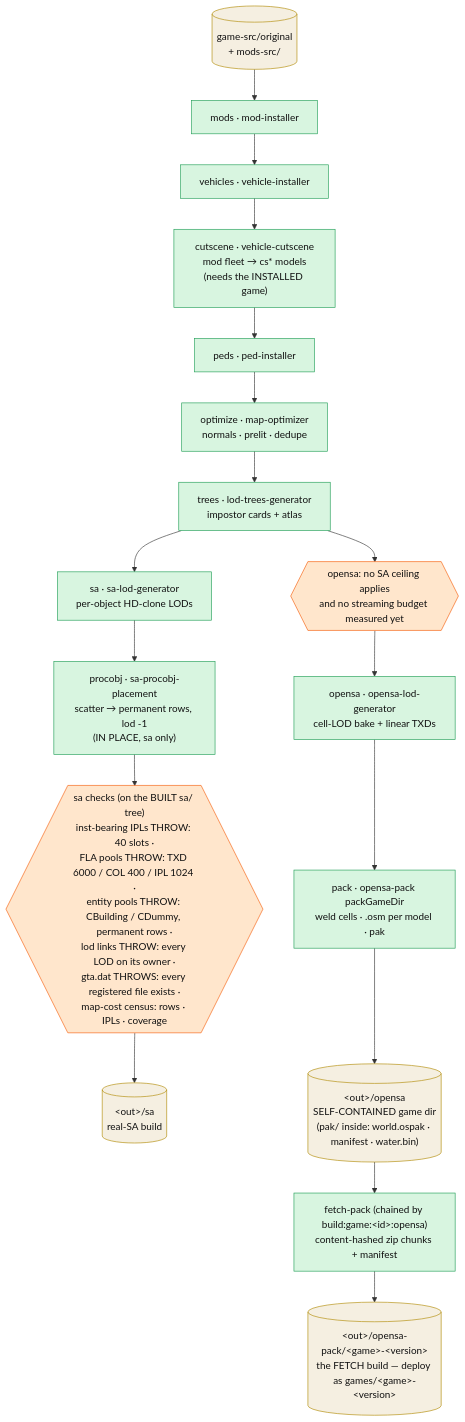
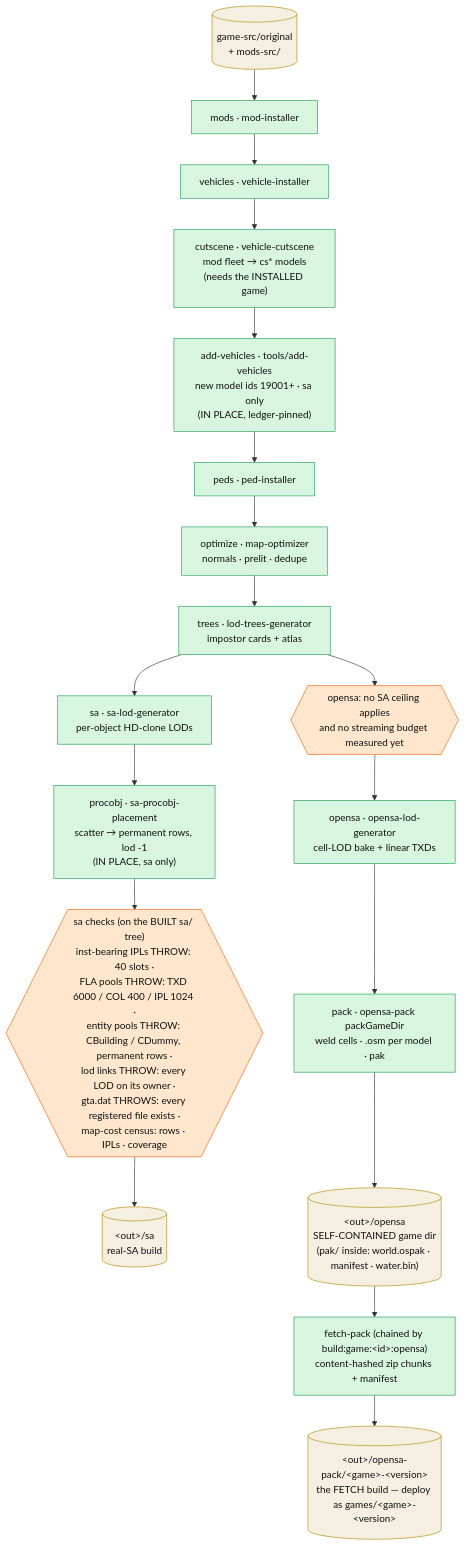
Before and after one commit to sexorcist00/opensa: the diagram in docs/architecture/perfect-map-builder.md, drawn with Mermaid. The commit also changed other lines of this file and 15 other files, not shown here.

First line of the commit message:
feat(add-vehicles): 007 — the pmb stage, cars-server, and the budgets priced

````diff
--- a/docs/architecture/perfect-map-builder.md
+++ b/docs/architecture/perfect-map-builder.md
@@ -78,30 +78,31 @@
 ```mermaid
 %%| pmb-pipeline
 flowchart TB
   src[("game-src/original<br/>+ mods-src/")]:::data
   mods["mods · mod-installer"]:::stage
   veh["vehicles · vehicle-installer"]:::stage
   cs["cutscene · vehicle-cutscene<br/>mod fleet → cs* models<br/>(needs the INSTALLED game)"]:::stage
+  add["add-vehicles · tools/add-vehicles<br/>new model ids 19001+ · sa only<br/>(IN PLACE, ledger-pinned)"]:::stage
   peds["peds · ped-installer"]:::stage
   opt["optimize · map-optimizer<br/>normals · prelit · dedupe"]:::stage
   trees["trees · lod-trees-generator<br/>impostor cards + atlas"]:::stage
   proc["procobj · sa-procobj-placement<br/>scatter → permanent rows, lod -1<br/>(IN PLACE, sa only)"]:::stage
   guard{{"sa checks (on the BUILT sa/ tree)<br/>inst-bearing IPLs THROW: 40 slots ·<br/>FLA pools THROW: TXD 6000 / COL 400 / IPL 1024 ·<br/>entity pools THROW: CBuilding / CDummy, permanent rows ·<br/>lod links THROW: every LOD on its owner ·<br/>gta.dat THROWS: every registered file exists ·<br/>map-cost census: rows · IPLs · coverage"}}:::guard
   osguard{{"opensa: no SA ceiling applies<br/>and no streaming budget measured yet"}}:::guard
   sa["sa · sa-lod-generator<br/>per-object HD-clone LODs"]:::stage
   oslod["opensa · opensa-lod-generator<br/>cell-LOD bake + linear TXDs"]:::stage
   pack["pack · opensa-pack packGameDir<br/>weld cells · .osm per model · pak"]:::stage
   outsa[("&lt;out&gt;/sa<br/>real-SA build")]:::data
   outos[("&lt;out&gt;/opensa<br/>SELF-CONTAINED game dir<br/>(pak/ inside: world.ospak · manifest · water.bin)")]:::data
   fetch["fetch-pack (chained by build:game:&lt;id&gt;:opensa)<br/>content-hashed zip chunks + manifest"]:::stage
   outpak[("&lt;out&gt;/opensa-pack/&lt;game&gt;-&lt;version&gt;<br/>the FETCH build — deploy as games/&lt;game&gt;-&lt;version&gt;")]:::data
 
-  src --> mods --> veh --> cs --> peds --> opt --> trees
+  src --> mods --> veh --> cs --> add --> peds --> opt --> trees
   trees --> sa --> proc --> guard --> outsa
   trees --> osguard --> oslod --> pack --> outos
   outos --> fetch --> outpak
 
   classDef stage fill:#d8f5e0,stroke:#1f9d55,color:#111
   classDef guard fill:#ffe6cc,stroke:#f55c07,color:#111
   classDef data fill:#f5efe1,stroke:#b08900,color:#111
 ```
````
